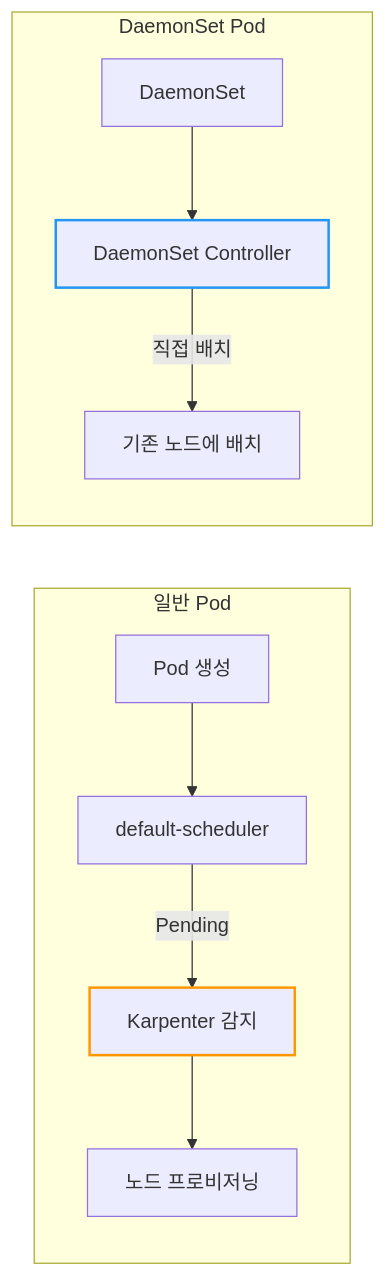
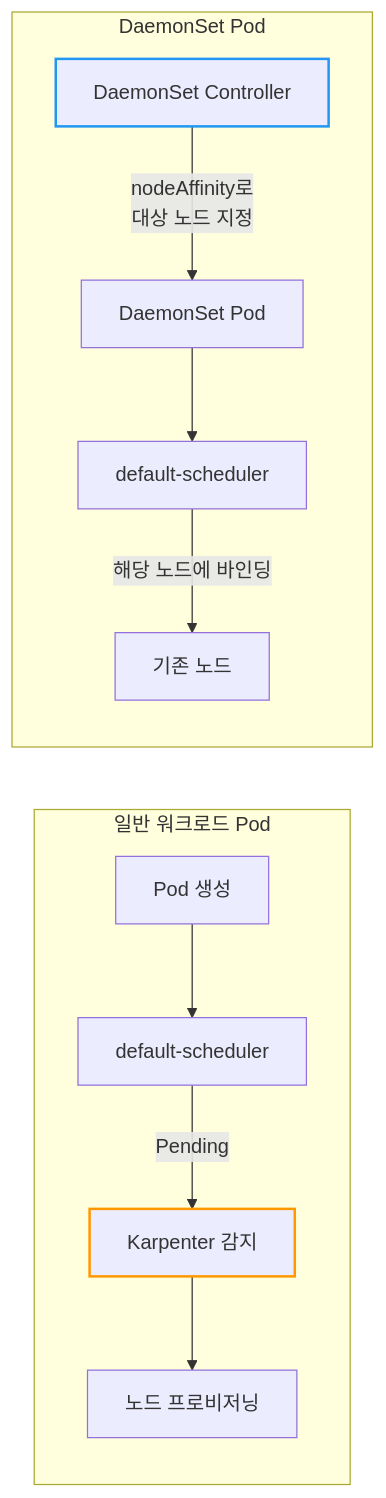
Before and after one commit to sskim91/TIL: the sixth of 21 diagrams in kubernetes/Kubernetes-DaemonSet-Job-CronJob.md, drawn with Mermaid. The commit also changed other lines of this file and 9 other files, not shown here.

````diff
--- a/kubernetes/Kubernetes-DaemonSet-Job-CronJob.md
+++ b/kubernetes/Kubernetes-DaemonSet-Job-CronJob.md
@@ -322,16 +332,17 @@
 ```mermaid
 flowchart LR
-    subgraph "일반 Pod"
+    subgraph "일반 워크로드 Pod"
         P1[Pod 생성] --> SCH[default-scheduler]
         SCH -->|"Pending"| KP[Karpenter 감지]
         KP --> NODE[노드 프로비저닝]
     end
 
     subgraph "DaemonSet Pod"
-        DS[DaemonSet] --> DC[DaemonSet Controller]
-        DC -->|"직접 배치"| EXIST[기존 노드에 배치]
+        DS[DaemonSet Controller] -->|"nodeAffinity로<br/>대상 노드 지정"| DSP[DaemonSet Pod]
+        DSP --> SCH2[default-scheduler]
+        SCH2 -->|"해당 노드에 바인딩"| EXIST[기존 노드]
     end
 
     style KP stroke:#FF9800,stroke-width:2px
-    style DC stroke:#2196F3,stroke-width:2px
+    style DS stroke:#2196F3,stroke-width:2px
 ```
````
